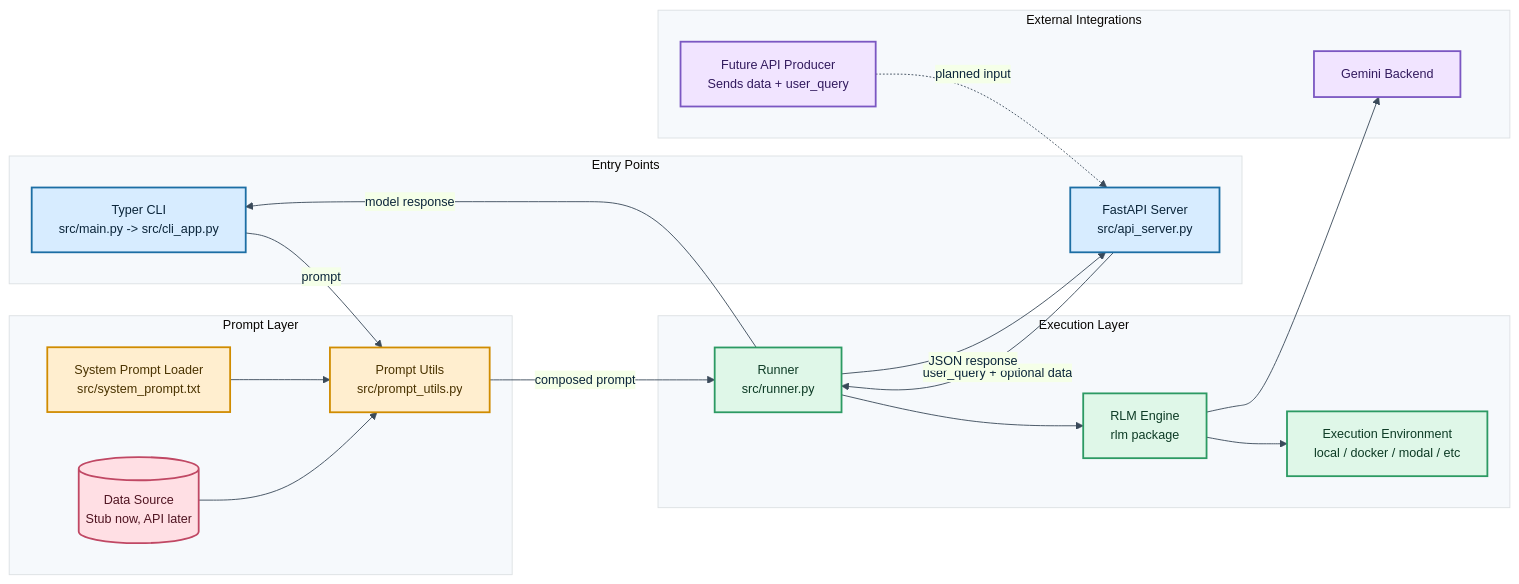
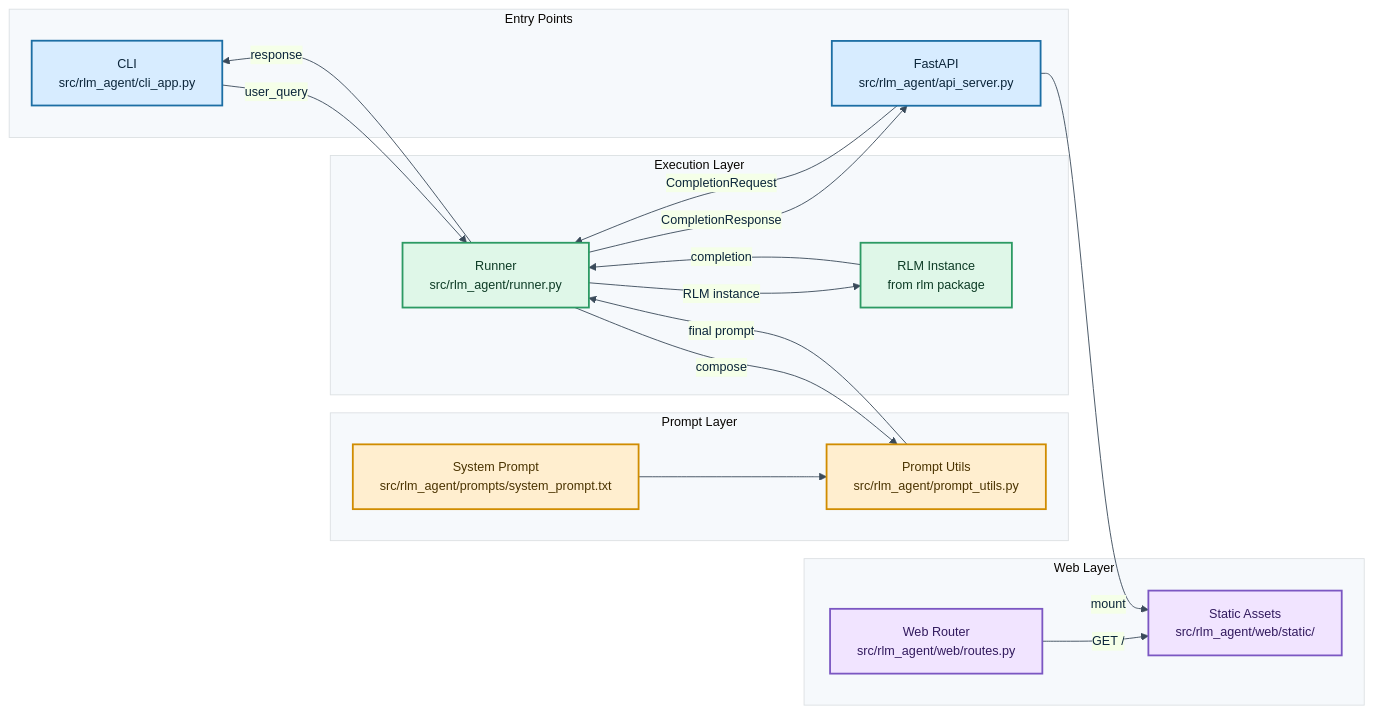
One commit to Raghav-56/RLM-agent changed the diagram in README.md. Above: the diagram before and after it, drawn with Mermaid. The commit also changed other lines of this file and 1 other file, not shown here.

Commit message:
chore(docs): add and update Architecture

````diff
--- a/README.md
+++ b/README.md
@@ -7,60 +7,56 @@
 ```mermaid
 %%{init: {
   "theme": "base",
   "themeVariables": {
 	"primaryColor": "#e8f5ff",
 	"primaryTextColor": "#0b253a",
 	"primaryBorderColor": "#1c6ea4",
 	"lineColor": "#3a4a5a",
 	"fontSize": "14px",
 	"tertiaryColor": "#f6f9fc"
   },
   "flowchart": { "curve": "basis", "htmlLabels": true }
 }}%%
 flowchart LR
 	subgraph EP[Entry Points]
-		CLI[Typer CLI\nsrc/main.py -> src/cli_app.py]
-		API[FastAPI Server\nsrc/api_server.py]
+		CLI["CLI\nsrc/rlm_agent/cli_app.py"]
+		API["FastAPI\nsrc/rlm_agent/api_server.py"]
 	end
 
 	subgraph PR[Prompt Layer]
-		SP[System Prompt Loader\nsrc/system_prompt.txt]
-		PU[Prompt Utils\nsrc/prompt_utils.py]
-		DS[(Data Source\nStub now, API later)]
+		SP["System Prompt\nsrc/rlm_agent/prompts/system_prompt.txt"]
+		PU["Prompt Utils\nsrc/rlm_agent/prompt_utils.py"]
 	end
 
 	subgraph CORE[Execution Layer]
-		RUN[Runner\nsrc/runner.py]
-		RLM[RLM Engine\nrlm package]
-		ENV[Execution Environment\nlocal / docker / modal / etc]
+		RUN["Runner\nsrc/rlm_agent/runner.py"]
+		RLM["RLM Instance\nfrom rlm package"]
 	end
 
-	subgraph EXT[External Integrations]
-		GEM[Gemini Backend]
-		FUT[Future API Producer\nSends data + user_query]
+	subgraph WEB[Web Layer]
+		ROUTER["Web Router\nsrc/rlm_agent/web/routes.py"]
+		STATIC["Static Assets\nsrc/rlm_agent/web/static/"]
 	end
 
-	CLI -->|prompt| PU
-	API -->|user_query + optional data| RUN
+	CLI -->|user_query| RUN
+	API -->|CompletionRequest| RUN
+	ROUTER -->|GET /| STATIC
+	API -->|mount| STATIC
+	RUN -->|compose| PU
 	SP --> PU
-	DS --> PU
-	PU -->|composed prompt| RUN
-	RUN --> RLM
-	RLM --> ENV
-	RLM --> GEM
-	FUT -. planned input .-> API
-	RUN -->|model response| CLI
-	RUN -->|JSON response| API
+	PU -->|final prompt| RUN
+	RUN -->|RLM instance| RLM
+	RLM -->|completion| RUN
+	RUN -->|response| CLI
+	RUN -->|CompletionResponse| API
 
 	classDef entry fill:#d7ecff,stroke:#1c6ea4,stroke-width:2px,color:#0b253a;
 	classDef prompt fill:#ffeecf,stroke:#d08c00,stroke-width:2px,color:#4a3300;
 	classDef core fill:#dff7e8,stroke:#2c9a63,stroke-width:2px,color:#0d3b25;
-	classDef ext fill:#f1e4ff,stroke:#7b57c2,stroke-width:2px,color:#321a5e;
-	classDef store fill:#ffdfe4,stroke:#c04864,stroke-width:2px,color:#4f1421;
+	classDef web fill:#f1e4ff,stroke:#7b57c2,stroke-width:2px,color:#321a5e;
 
 	class CLI,API entry;
 	class SP,PU prompt;
-	class RUN,RLM,ENV core;
-	class GEM,FUT ext;
-	class DS store;
+	class RUN,RLM core;
+	class ROUTER,STATIC web;
 ```
````
